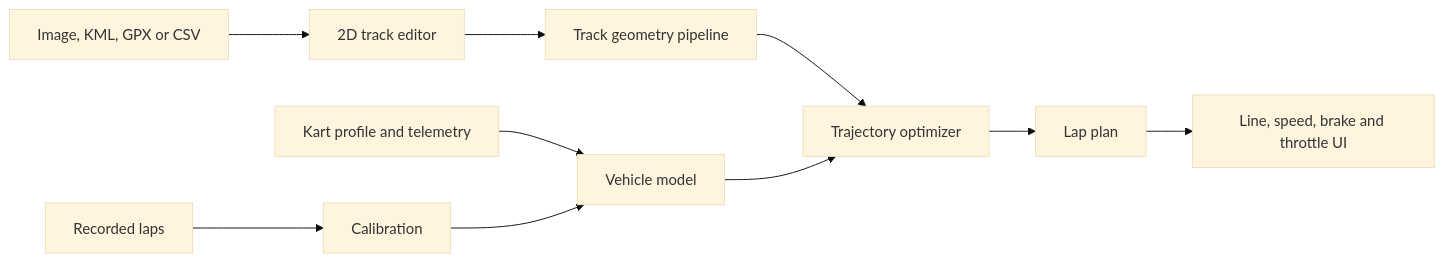
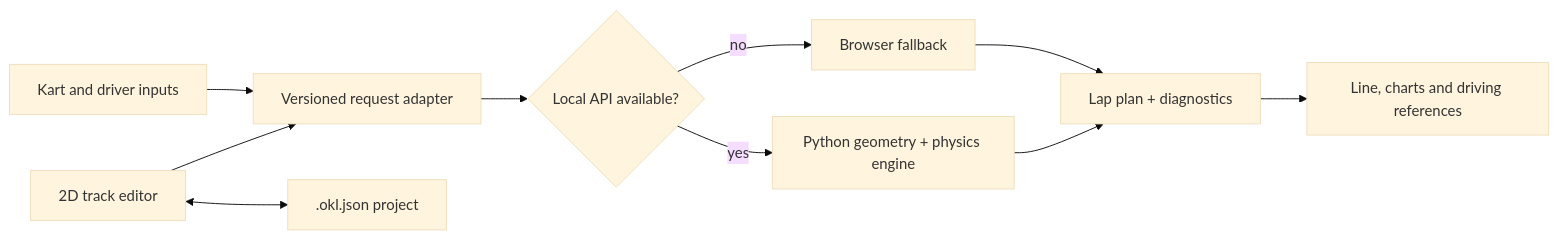
One commit to Navesz/openkartline changed the diagram in README.md. Above: the diagram before and after it, drawn with Mermaid (base theme). The commit also changed other lines of this file and 117 other files, not shown here.

First line of the commit message:
feat: ship the first runnable OpenKartLine alpha (#16)

````diff
--- a/README.md
+++ b/README.md
@@ -34,12 +74,12 @@
 ```mermaid
 flowchart LR
-    A["Image, KML, GPX or CSV"] --> B["2D track editor"]
-    B --> C["Track geometry pipeline"]
-    D["Kart profile and telemetry"] --> E["Vehicle model"]
-    C --> F["Trajectory optimizer"]
+    A["2D track editor"] --> B["Versioned request adapter"]
+    K["Kart and driver inputs"] --> B
+    B --> C{"Local API available?"}
+    C -->|yes| D["Python geometry + physics engine"]
+    C -->|no| E["Browser fallback"]
+    D --> F["Lap plan + diagnostics"]
     E --> F
-    F --> G["Lap plan"]
-    G --> H["Line, speed, brake and throttle UI"]
-    I["Recorded laps"] --> J["Calibration"]
-    J --> E
+    F --> G["Line, charts and driving references"]
+    A <--> H[".okl.json project"]
 ```
````
